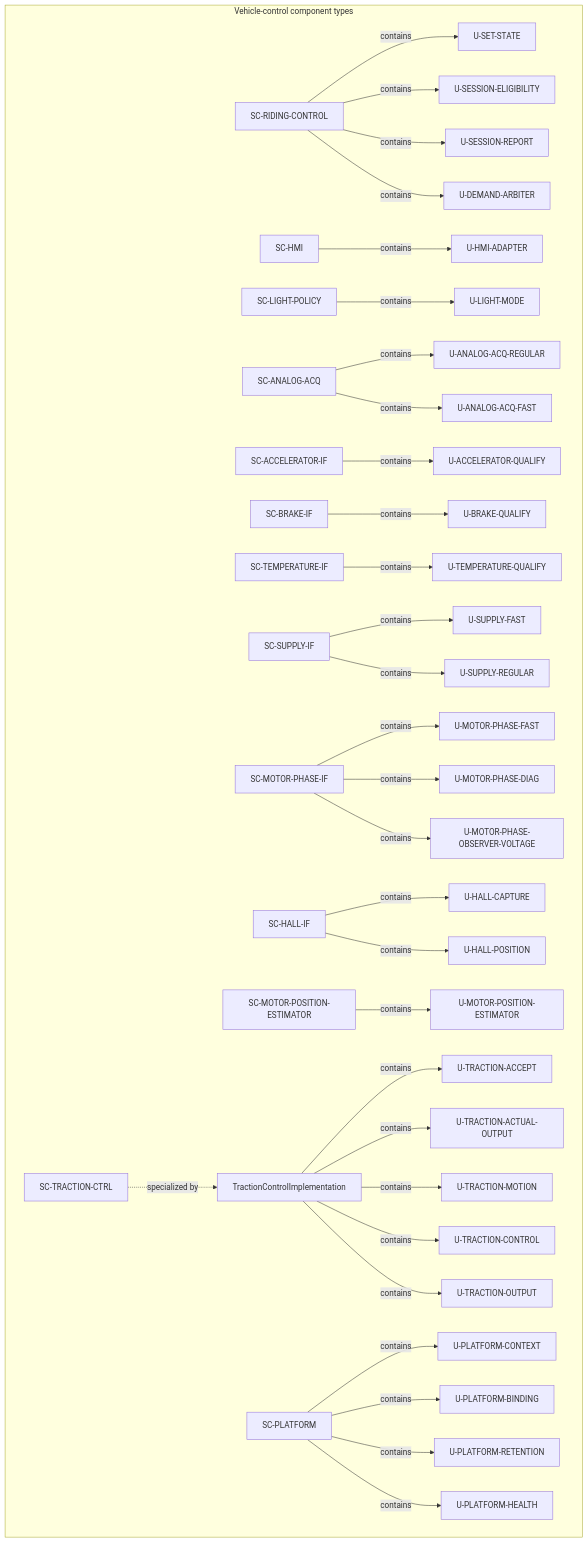
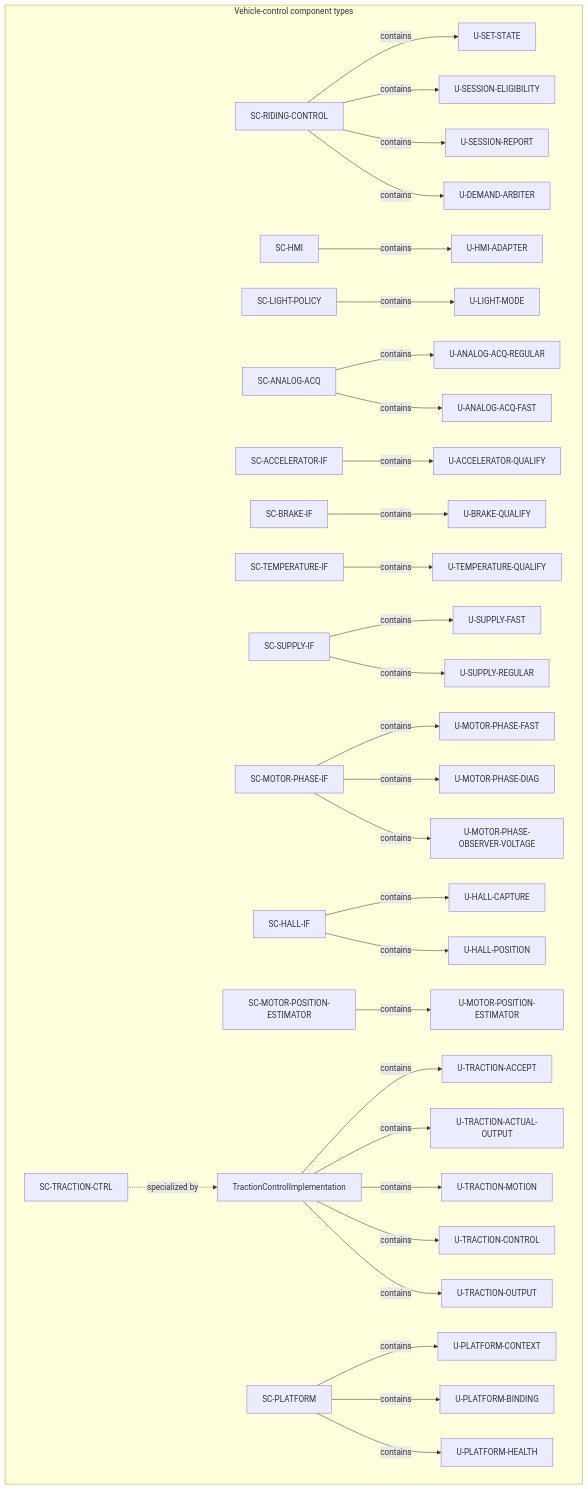
The second of 9 diagrams in .devenv/Architecture/SoftwareArchitecture/DetailedDesign/DD-003_Static_Software_Architecture_Views.md (dhellhake/X2CityMCU), drawn with Mermaid before and after one commit. The commit also changed other lines of this file and 71 other files, not shown here.

````diff
--- a/.devenv/Architecture/SoftwareArchitecture/DetailedDesign/DD-003_Static_Software_Architecture_Views.md
+++ b/.devenv/Architecture/SoftwareArchitecture/DetailedDesign/DD-003_Static_Software_Architecture_Views.md
@@ -111,34 +111,33 @@
 ```mermaid
 flowchart TB
     subgraph V[Vehicle-control component types]
         RIDING[SC-RIDING-CONTROL] -->|contains| US[U-SET-STATE]
         RIDING -->|contains| USE[U-SESSION-ELIGIBILITY]
         RIDING -->|contains| USR[U-SESSION-REPORT]
         RIDING -->|contains| UDA[U-DEMAND-ARBITER]
         HMI[SC-HMI] -->|contains| UHA[U-HMI-ADAPTER]
         LIGHT[SC-LIGHT-POLICY] -->|contains| ULM[U-LIGHT-MODE]
         ANALOG[SC-ANALOG-ACQ] -->|contains| UAR[U-ANALOG-ACQ-REGULAR]
         ANALOG -->|contains| UAF[U-ANALOG-ACQ-FAST]
         ACCEL[SC-ACCELERATOR-IF] -->|contains| UAQ[U-ACCELERATOR-QUALIFY]
         BRAKE[SC-BRAKE-IF] -->|contains| UBQ[U-BRAKE-QUALIFY]
         TEMP[SC-TEMPERATURE-IF] -->|contains| UTQ[U-TEMPERATURE-QUALIFY]
         SUPPLY[SC-SUPPLY-IF] -->|contains| USF[U-SUPPLY-FAST]
         SUPPLY -->|contains| USREG[U-SUPPLY-REGULAR]
         PHASE[SC-MOTOR-PHASE-IF] -->|contains| UMPF[U-MOTOR-PHASE-FAST]
         PHASE -->|contains| UMPD[U-MOTOR-PHASE-DIAG]
         HALL[SC-HALL-IF] -->|contains| UHC[U-HALL-CAPTURE]
         HALL -->|contains| UHP[U-HALL-POSITION]
         PHASE -->|contains| UMPOV[U-MOTOR-PHASE-OBSERVER-VOLTAGE]
         MPP[SC-MOTOR-POSITION-ESTIMATOR] -->|contains| UMPE[U-MOTOR-POSITION-ESTIMATOR]
         TRACTION[SC-TRACTION-CTRL] -.->|specialized by| TRDD[TractionControlImplementation]
         TRDD -->|contains| UTA[U-TRACTION-ACCEPT]
         TRDD -->|contains| UTAO[U-TRACTION-ACTUAL-OUTPUT]
         TRDD -->|contains| UTM[U-TRACTION-MOTION]
         TRDD -->|contains| UTC[U-TRACTION-CONTROL]
         TRDD -->|contains| UTO[U-TRACTION-OUTPUT]
         PLATFORM[SC-PLATFORM] -->|contains| UPC[U-PLATFORM-CONTEXT]
         PLATFORM -->|contains| UPB[U-PLATFORM-BINDING]
-        PLATFORM -->|contains| UPR[U-PLATFORM-RETENTION]
         PLATFORM -->|contains| UPH[U-PLATFORM-HEALTH]
     end
 ```
````
